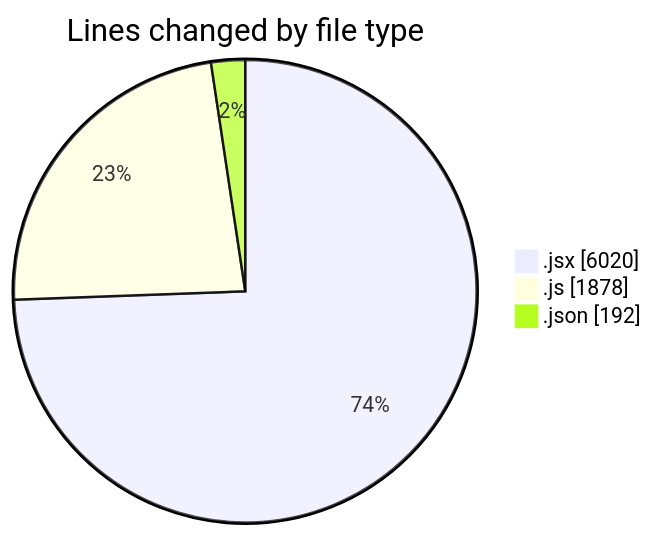
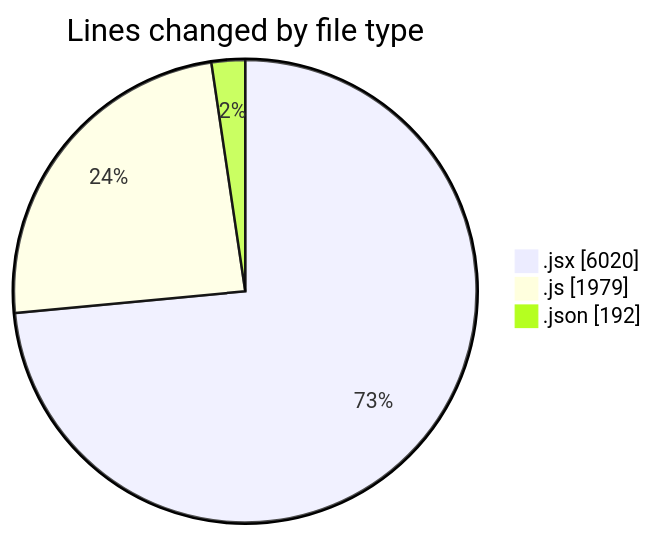
One commit to nxtqubesakshisongat/code-tracking changed the first of 2 diagrams in 2025-08-06/nxtqube_webapp/README.md. Above: the diagram before and after it, drawn with Mermaid. The commit also changed other lines of this file and 1 other file, not shown here.

````diff
--- a/2025-08-06/nxtqube_webapp/README.md
+++ b/2025-08-06/nxtqube_webapp/README.md
@@ -31,7 +31,7 @@
 ```mermaid
 pie showData
 title Lines changed by file type
 ".jsx" : 6020
-".js" : 1878
+".js" : 1979
 ".json" : 192
 ```
````
